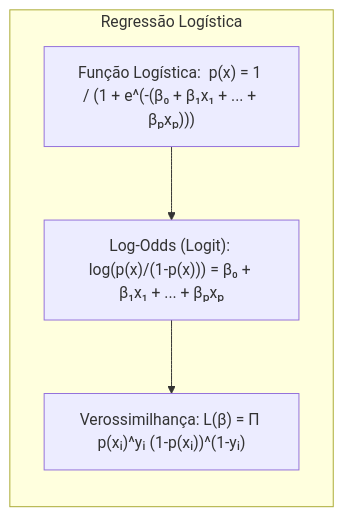
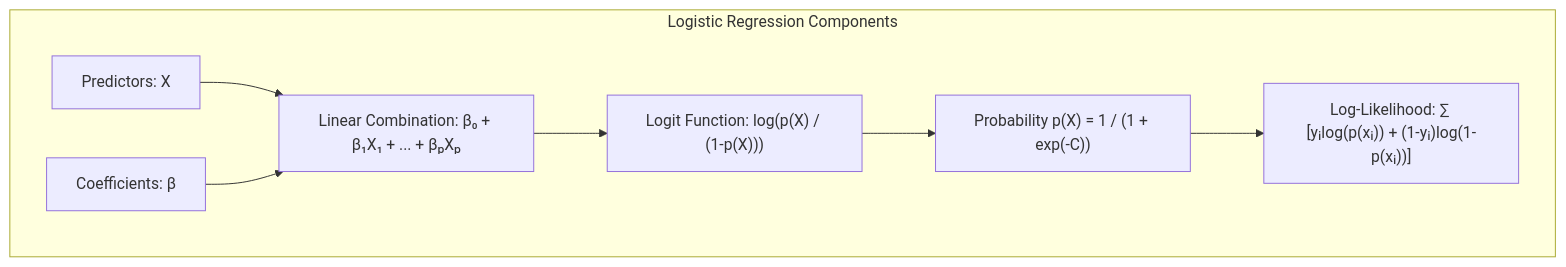
One commit to diegomrodrigues/statistical_learning_notes changed the third of 7 diagrams in 03. Additive Models/01. Generalized Additive Models/02. Mathematical Representation.md. Above: the diagram before and after it, drawn with Mermaid. The commit also changed other lines of this file and 228 other files, not shown here.

````diff
--- a/03. Additive Models/01. Generalized Additive Models/02. Mathematical Representation.md
+++ b/03. Additive Models/01. Generalized Additive Models/02. Mathematical Representation.md
@@ -154,11 +134,17 @@
 ```mermaid
 graph LR
-    subgraph "Regressão Logística"
-    direction TB
-        A["Função Logística:  p(x) = 1 / (1 + e^(-(β₀ + β₁x₁ + ... + βₚxₚ)))"]
-        B["Log-Odds (Logit): log(p(x)/(1-p(x))) = β₀ + β₁x₁ + ... + βₚxₚ"]
-        C["Verossimilhança: L(β) = Π p(xᵢ)^yᵢ (1-p(xᵢ))^(1-yᵢ)"]
-        A --> B
+    subgraph "Logistic Regression Components"
+        direction LR
+        A["Predictors: X"]
+        B["Coefficients: β"]
+        C["Linear Combination: β₀ + β₁X₁ + ... + βₚXₚ"]
+        D["Logit Function: log(p(X) / (1-p(X)))"]
+        E["Probability p(X) = 1 / (1 + exp(-C))"]
+        F["Log-Likelihood: ∑ [yᵢlog(p(xᵢ)) + (1-yᵢ)log(1-p(xᵢ))]"]
+        A --> C
         B --> C
+        C --> D
+        D --> E
+        E --> F
     end
 ```
````
